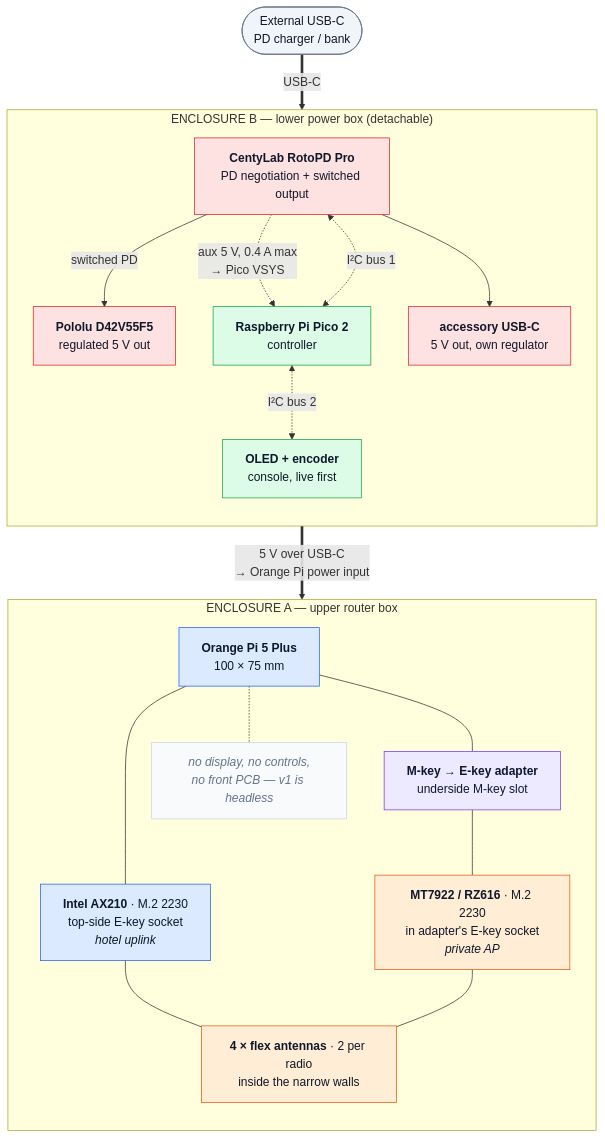
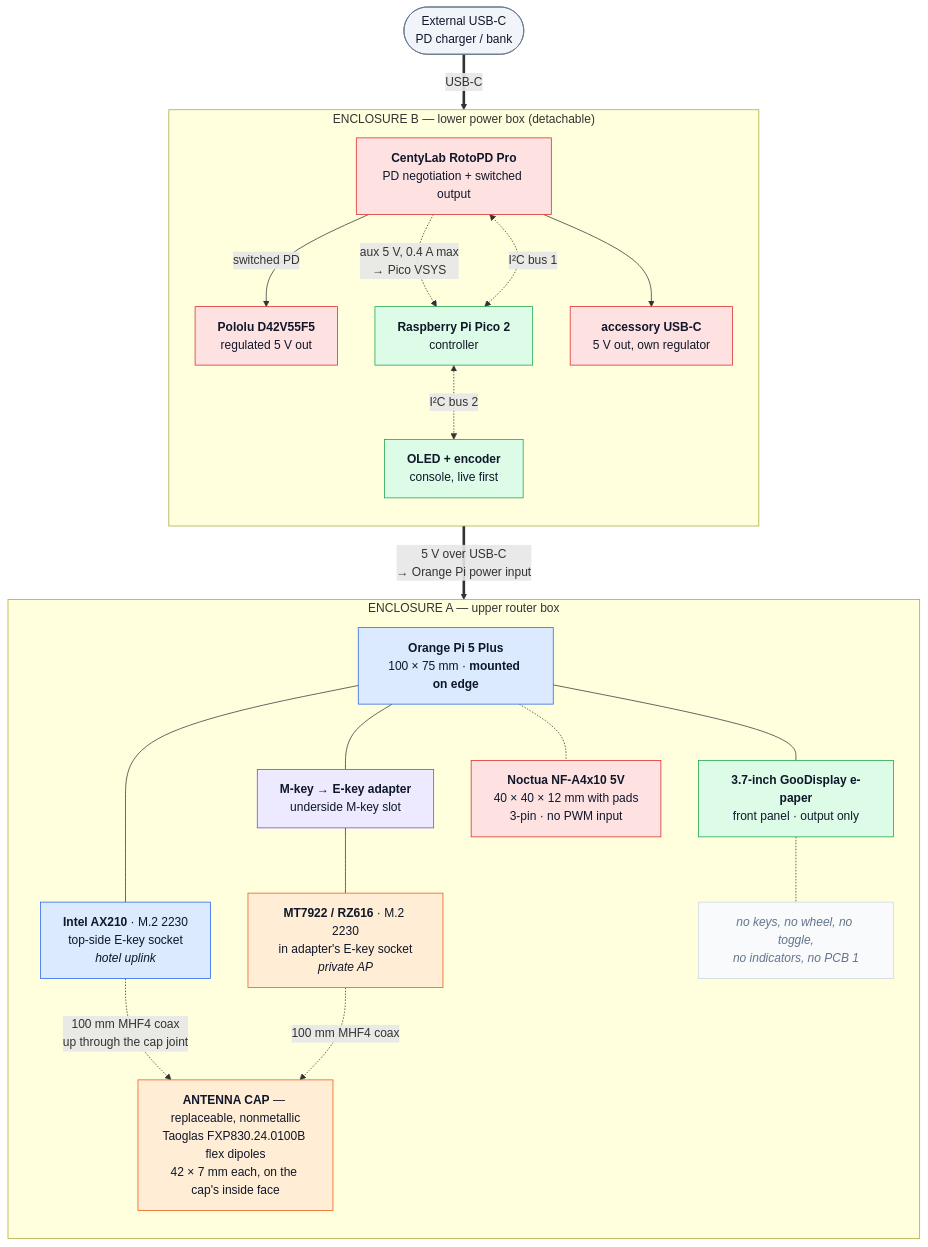
The diagram in docs/01-architecture.md (ParkWardRR/vezha), drawn with Mermaid before and after one commit. The commit also changed other lines of this file and 9 other files, not shown here.

````diff
--- a/docs/01-architecture.md
+++ b/docs/01-architecture.md
@@ -78,46 +143,50 @@
 ```mermaid
 flowchart TB
     CHG([External USB-C<br/>PD charger / bank]):::ext
 
     subgraph B["ENCLOSURE B — lower power box (detachable)"]
         direction TB
         ROTO["<b>CentyLab RotoPD Pro</b><br/>PD negotiation + switched output"]:::pwr
         PICO["<b>Raspberry Pi Pico 2</b><br/>controller"]:::ctl
         POLOLU["<b>Pololu D42V55F5</b><br/>regulated 5 V out"]:::pwr
         CON["<b>OLED + encoder</b><br/>console, live first"]:::ctl
         ACC["<b>accessory USB-C</b><br/>5 V out, own regulator"]:::pwr
         ROTO -->|switched PD| POLOLU
         ROTO -.->|"aux 5 V, 0.4 A max<br/>→ Pico VSYS"| PICO
         PICO <-.->|"I²C bus 1"| ROTO
         PICO <-.->|"I²C bus 2"| CON
         ROTO --> ACC
     end
 
     subgraph A["ENCLOSURE A — upper router box"]
         direction TB
-        PI["<b>Orange Pi 5 Plus</b><br/>100 × 75 mm"]:::core
+        CAP["<b>ANTENNA CAP</b> — replaceable, nonmetallic<br/>Taoglas FXP830.24.0100B flex dipoles<br/>42 × 7 mm each, on the cap's inside face"]:::ant
+        PI["<b>Orange Pi 5 Plus</b><br/>100 × 75 mm · <b>mounted on edge</b>"]:::core
         AX["<b>Intel AX210</b> · M.2 2230<br/>top-side E-key socket<br/><i>hotel uplink</i>"]:::up
         ADP["<b>M-key → E-key adapter</b><br/>underside M-key slot"]:::adp
         MT["<b>MT7922 / RZ616</b> · M.2 2230<br/>in adapter's E-key socket<br/><i>private AP</i>"]:::ap
-        ANT["<b>4 × flex antennas</b> · 2 per radio<br/>inside the narrow walls"]:::ant
-        HL["<i>no display, no controls,<br/>no front PCB — v1 is headless</i>"]:::ghost
+        EPD["<b>3.7-inch GooDisplay e-paper</b><br/>front panel · output only"]:::ctl
+        FAN["<b>Noctua NF-A4x10 5V</b><br/>40 × 40 × 12 mm with pads<br/>3-pin · no PWM input"]:::pwr
+        HL["<i>no keys, no wheel, no toggle,<br/>no indicators, no PCB 1</i>"]:::ghost
         PI --- AX
         PI --- ADP --- MT
-        AX --- ANT
-        MT --- ANT
-        PI -.- HL
+        AX -.->|"100 mm MHF4 coax<br/>up through the cap joint"| CAP
+        MT -.->|"100 mm MHF4 coax"| CAP
+        PI --- EPD
+        PI -.- FAN
+        EPD -.- HL
     end
 
     CHG ==>|USB-C| ROTO
     POLOLU ==>|"5 V over USB-C<br/>→ Orange Pi power input"| PI
 
     classDef ext fill:#f1f5f9,stroke:#64748b,color:#0f172a
     classDef pwr fill:#fee2e2,stroke:#dc2626,color:#0f172a
     classDef ctl fill:#dcfce7,stroke:#16a34a,color:#0f172a
     classDef core fill:#dbeafe,stroke:#2563eb,color:#0f172a
     classDef up fill:#dbeafe,stroke:#2563eb,color:#0f172a
     classDef ap fill:#ffedd5,stroke:#ea580c,color:#0f172a
     classDef adp fill:#ede9fe,stroke:#7c3aed,color:#0f172a
     classDef ant fill:#ffedd5,stroke:#ea580c,color:#0f172a
     classDef ghost fill:#f8fafc,stroke:#cbd5e1,color:#64748b
 ```
````
